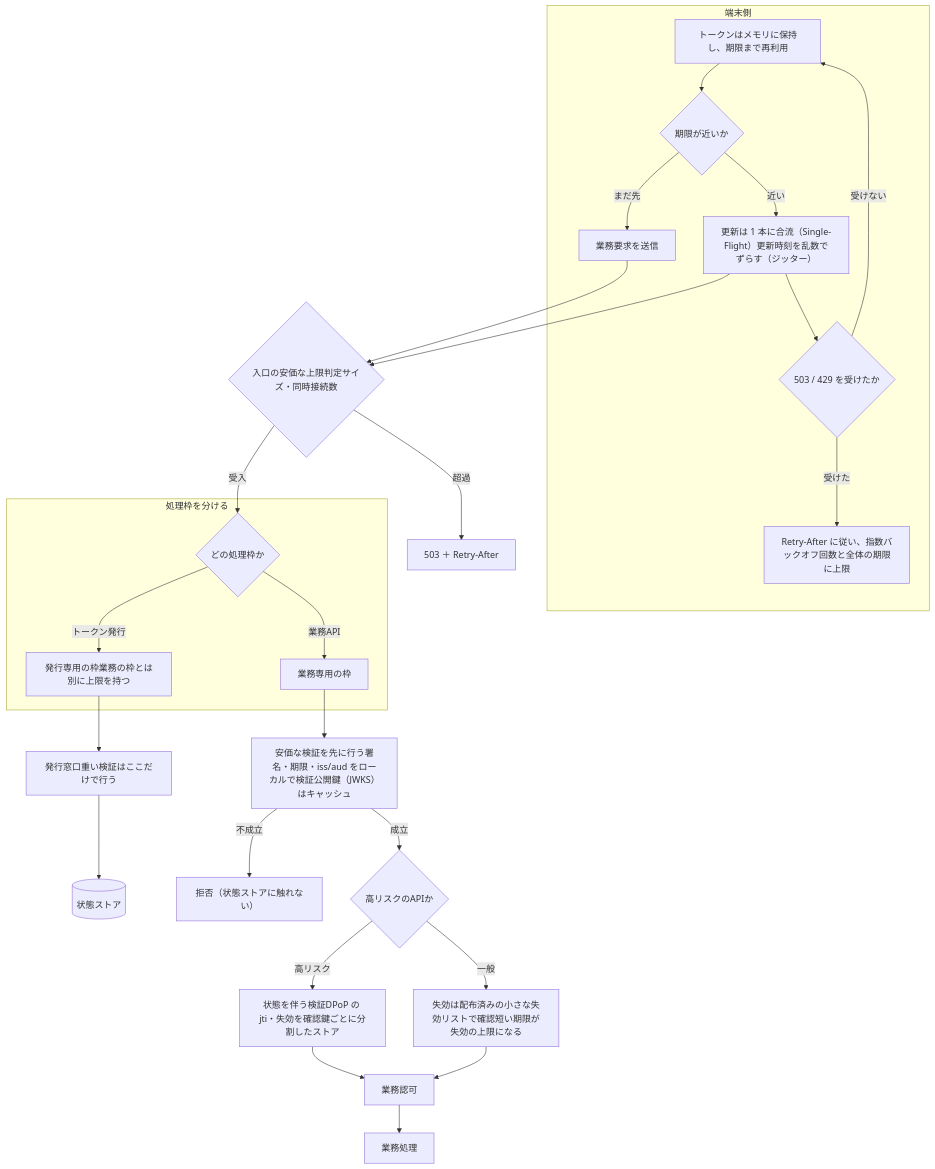
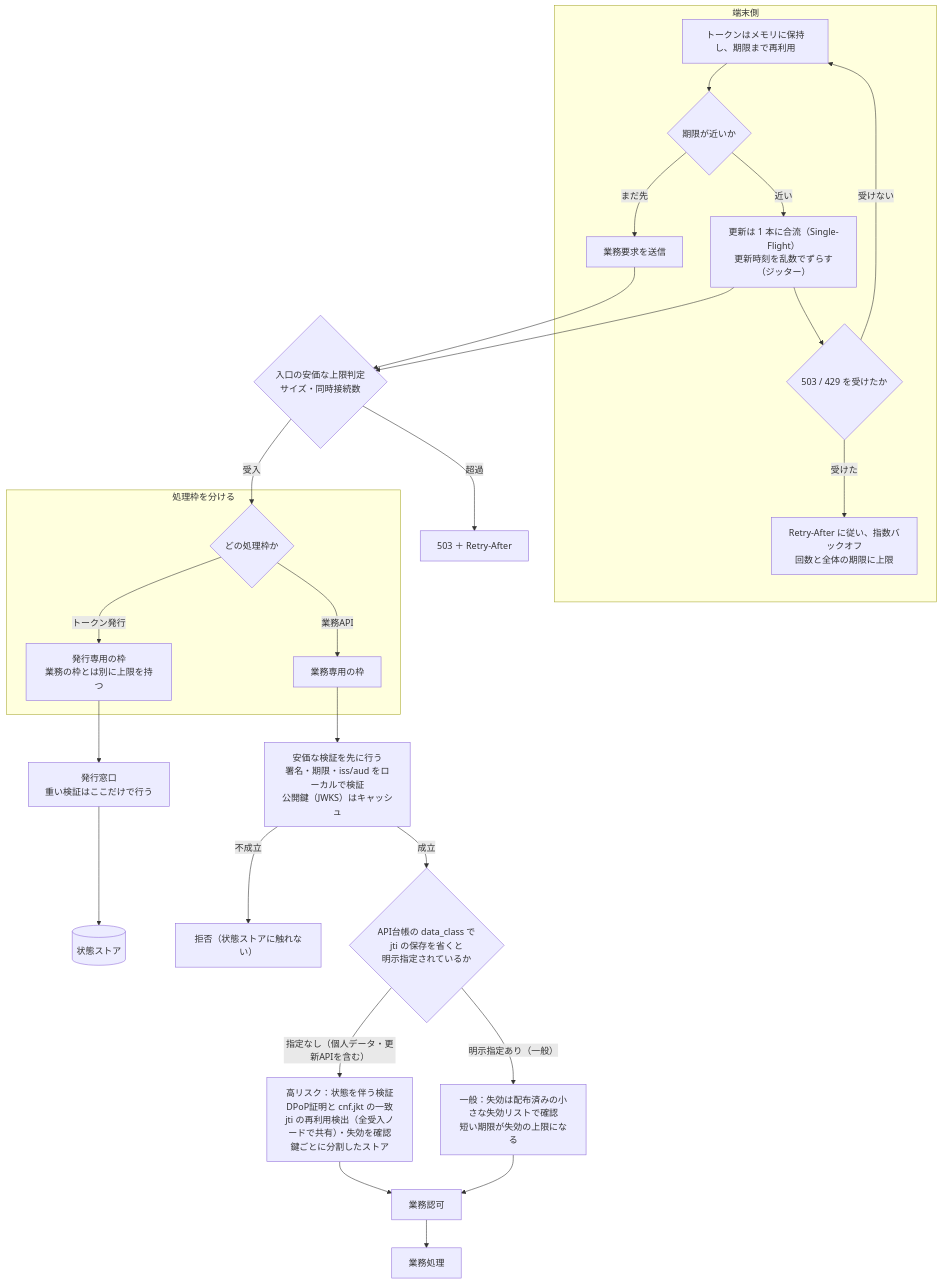
One commit to M-Tokun/NRA-IDE changed the second of 3 diagrams in note/08_セキュリティ/動的API トラフィック対策.md. Above: the diagram before and after it, drawn with Mermaid. The commit also changed other lines of this file and 4 other files, not shown here.

````diff
--- a/note/08_セキュリティ/動的API トラフィック対策.md
+++ b/note/08_セキュリティ/動的API トラフィック対策.md
@@ -55,34 +49,29 @@
 ```mermaid
 flowchart TD
   subgraph CLIENT["端末側"]
     C1["トークンはメモリに保持し、期限まで再利用"] --> C2{"期限が近いか"}
-    C2 -- "近い" --> C3["更新は 1 本に合流（Single-Flight）更新時刻を乱数でずらす（ジッター）"]
+    C2 -- "近い" --> C3["更新は 1 本に合流（Single-Flight）<br/>更新時刻を乱数でずらす（ジッター）"]
     C3 --> C4{"503 / 429 を受けたか"}
-    C4 -- "受けた" --> C5["Retry-After に従い、指数バックオフ回数と全体の期限に上限"]
+    C4 -- "受けた" --> C5["Retry-After に従い、指数バックオフ<br/>回数と全体の期限に上限"]
     C4 -- "受けない" --> C1
     C2 -- "まだ先" --> SEND["業務要求を送信"]
   end
-
-  SEND --> E0{"入口の安価な上限判定サイズ・同時接続数"}
+  SEND --> E0{"入口の安価な上限判定<br/>サイズ・同時接続数"}
   C3 --> E0
   E0 -- "超過" --> R503["503 ＋ Retry-After"]
   E0 -- "受入" --> SPLIT{"どの処理枠か"}
-
   subgraph POOLS["処理枠を分ける"]
-    SPLIT -- "トークン発行" --> P1["発行専用の枠業務の枠とは別に上限を持つ"]
+    SPLIT -- "トークン発行" --> P1["発行専用の枠<br/>業務の枠とは別に上限を持つ"]
     SPLIT -- "業務API" --> P2["業務専用の枠"]
   end
-
-  P1 --> TK["発行窓口重い検証はここだけで行う"]
+  P1 --> TK["発行窓口<br/>重い検証はここだけで行う"]
   TK --> ST1[("状態ストア")]
-
-  P2 --> V1["安価な検証を先に行う署名・期限・iss/aud をローカルで検証公開鍵（JWKS）はキャッシュ"]
+  P2 --> V1["安価な検証を先に行う<br/>署名・期限・iss/aud をローカルで検証<br/>公開鍵（JWKS）はキャッシュ"]
   V1 -- "不成立" --> DENY["拒否（状態ストアに触れない）"]
-  V1 -- "成立" --> V2{"高リスクのAPIか"}
-  V2 -- "高リスク" --> V3["状態を伴う検証DPoP の jti・失効を確認鍵ごとに分割したストア"]
-  V2 -- "一般" --> V4["失効は配布済みの小さな失効リストで確認短い期限が失効の上限になる"]
+  V1 -- "成立" --> V2{"API台帳の data_class で<br/>jti の保存を省くと<br/>明示指定されているか"}
+  V2 -- "指定なし（個人データ・更新APIを含む）" --> V3["高リスク：状態を伴う検証<br/>DPoP証明と cnf.jkt の一致<br/>jti の再利用検出（全受入ノードで共有）・失効を確認<br/>鍵ごとに分割したストア"]
+  V2 -- "明示指定あり（一般）" --> V4["一般：失効は配布済みの小さな失効リストで確認<br/>短い期限が失効の上限になる"]
   V3 --> AZ["業務認可"]
   V4 --> AZ
   AZ --> BIZ["業務処理"]
-  
 ```
````
